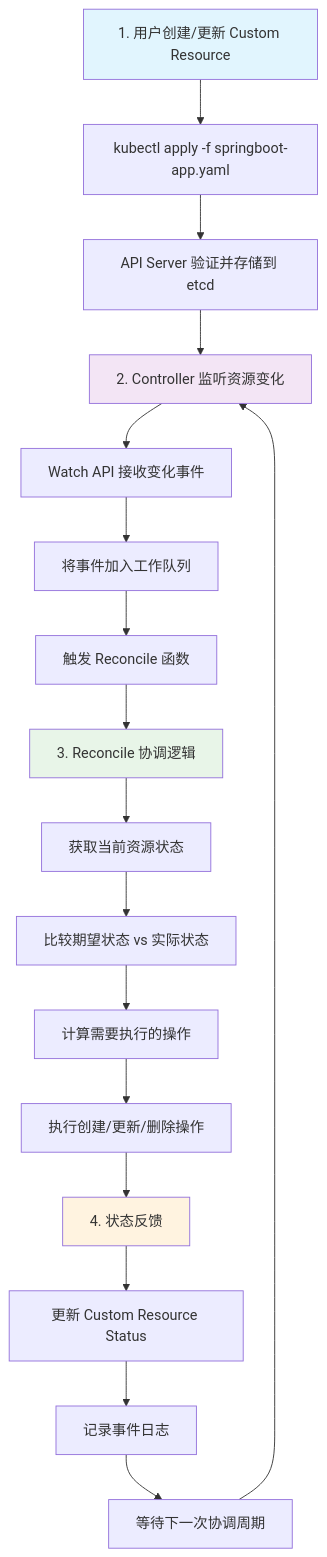
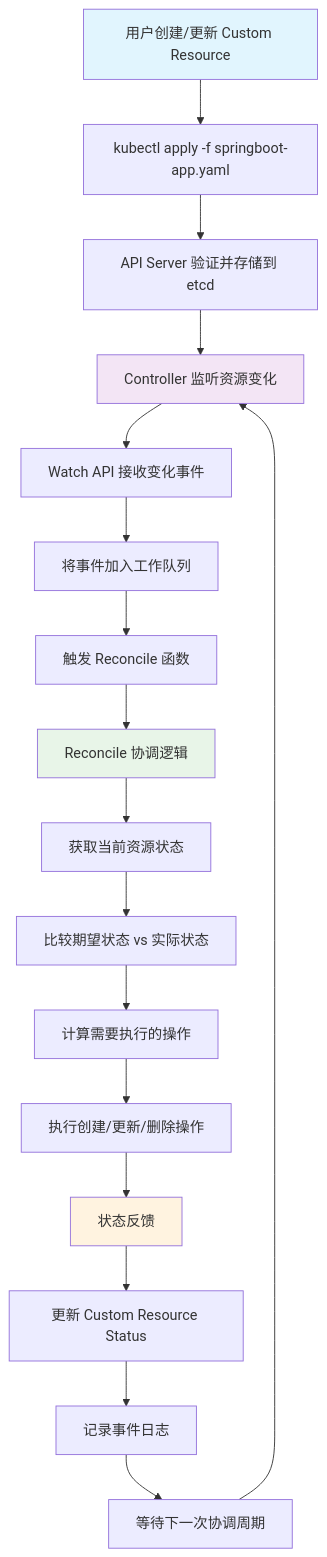
Before and after one commit to leonstack/kubernetes-hands-on-course: the second of 16 diagrams in Advanced-Topics/operator/Spring-Boot-Operator.md, drawn with Mermaid. The commit also changed other lines of this file, not shown here.

````diff
--- a/Advanced-Topics/operator/Spring-Boot-Operator.md
+++ b/Advanced-Topics/operator/Spring-Boot-Operator.md
@@ -220,28 +218,28 @@
 ```mermaid
 flowchart TD
-    A["1. 用户创建/更新 Custom Resource"] --> A1["kubectl apply -f springboot-app.yaml"]
+    A["用户创建/更新 Custom Resource"] --> A1["kubectl apply -f springboot-app.yaml"]
     A1 --> A2["API Server 验证并存储到 etcd"]
     
-    A2 --> B["2. Controller 监听资源变化"]
+    A2 --> B["Controller 监听资源变化"]
     B --> B1["Watch API 接收变化事件"]
     B1 --> B2["将事件加入工作队列"]
     B2 --> B3["触发 Reconcile 函数"]
     
-    B3 --> C["3. Reconcile 协调逻辑"]
+    B3 --> C["Reconcile 协调逻辑"]
     C --> C1["获取当前资源状态"]
     C1 --> C2["比较期望状态 vs 实际状态"]
     C2 --> C3["计算需要执行的操作"]
     C3 --> C4["执行创建/更新/删除操作"]
     
-    C4 --> D["4. 状态反馈"]
+    C4 --> D["状态反馈"]
     D --> D1["更新 Custom Resource Status"]
     D1 --> D2["记录事件日志"]
     D2 --> D3["等待下一次协调周期"]
     
     D3 --> B
     
     style A fill:#e1f5fe
     style B fill:#f3e5f5
     style C fill:#e8f5e8
     style D fill:#fff3e0
 ```
````
